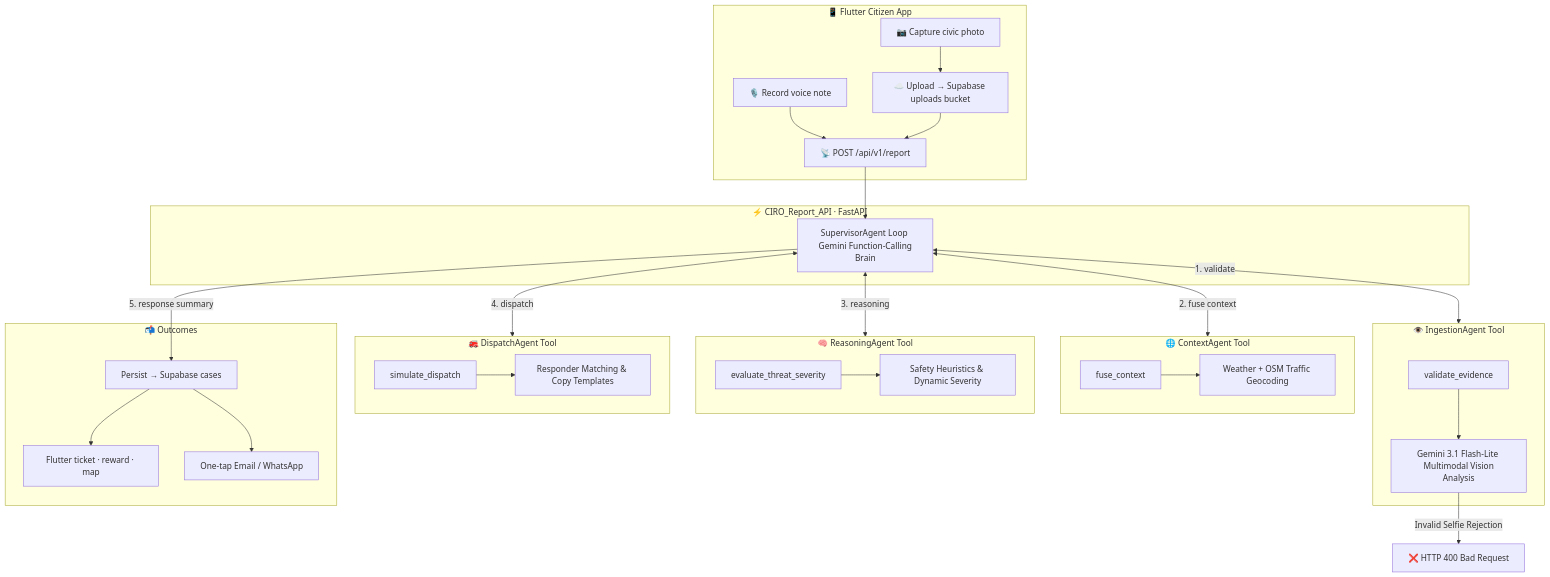
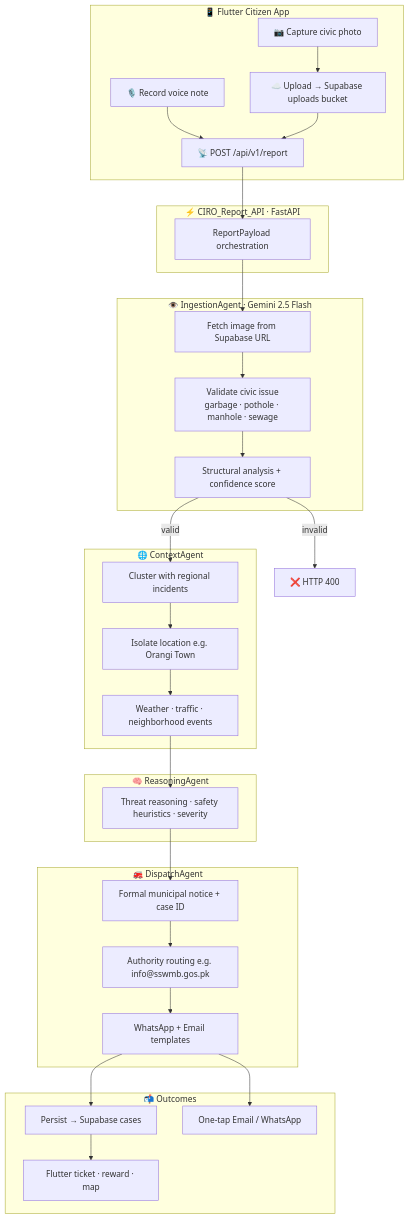
Before and after one commit to usamashami11/SnapCity: the diagram in README.md, drawn with Mermaid. The commit also changed other lines of this file and 2 other files, not shown here.

````diff
--- a/README.md
+++ b/README.md
@@ -104,56 +104,54 @@
 ```mermaid
 flowchart TB
     subgraph Citizen["📱 Flutter Citizen App"]
         A1["📷 Capture civic photo"]
         A2["🎙️ Record voice note"]
         A3["☁️ Upload → Supabase uploads bucket"]
         A4["📡 POST /api/v1/report"]
         A1 --> A3
         A2 --> A4
         A3 --> A4
     end
 
     subgraph API["⚡ CIRO_Report_API · FastAPI"]
-        B["SupervisorAgent Loop <br> Gemini Function-Calling Brain"]
+        B["ReportPayload orchestration"]
     end
 
-    subgraph Tool1["👁️ IngestionAgent Tool"]
-        C1["validate_evidence"]
-        C2["Gemini 3.1 Flash-Lite <br> Multimodal Vision Analysis"]
-        C1 --> C2
+    subgraph Ingestion["👁️ IngestionAgent · Gemini 2.5 Flash"]
+        C1["Fetch image from Supabase URL"]
+        C2["Validate civic issue<br/>garbage · pothole · manhole · sewage"]
+        C3["Structural analysis + confidence score"]
+        C1 --> C2 --> C3
     end
 
-    subgraph Tool2["🌐 ContextAgent Tool"]
-        D1["fuse_context"]
-        D2["Weather + OSM Traffic Geocoding"]
-        D1 --> D2
+    subgraph Context["🌐 ContextAgent"]
+        D1["Cluster with regional incidents"]
+        D2["Isolate location e.g. Orangi Town"]
+        D3["Weather · traffic · neighborhood events"]
+        D1 --> D2 --> D3
     end
 
-    subgraph Tool3["🧠 ReasoningAgent Tool"]
-        E1["evaluate_threat_severity"]
-        E2["Safety Heuristics & Dynamic Severity"]
-        E1 --> E2
+    subgraph Reasoning["🧠 ReasoningAgent"]
+        R1["Threat reasoning · safety heuristics · severity"]
     end
 
-    subgraph Tool4["🚒 DispatchAgent Tool"]
-        F1["simulate_dispatch"]
-        F2["Responder Matching & Copy Templates"]
-        F1 --> F2
+    subgraph Dispatch["🚒 DispatchAgent"]
+        G1["Formal municipal notice + case ID"]
+        G2["Authority routing e.g. info@sswmb.gos.pk"]
+        G3["WhatsApp + Email templates"]
+        G1 --> G2 --> G3
     end
 
     subgraph Output["📬 Outcomes"]
         H1["Persist → Supabase cases"]
         H2["Flutter ticket · reward · map"]
         H3["One-tap Email / WhatsApp"]
     end
 
-    A4 --> B
-    B <-->|1. validate| Tool1
-    C2 -->|Invalid Selfie Rejection| X["❌ HTTP 400 Bad Request"]
-    B <-->|2. fuse context| Tool2
-    B <-->|3. reasoning| Tool3
-    B <-->|4. dispatch| Tool4
-    B -->|5. response summary| H1
-    H1 --> H2
-    H1 --> H3
+    A4 --> B --> C1
+    C3 -->|invalid| X["❌ HTTP 400"]
+    C3 -->|valid| D1
+    D3 --> R1 --> G1
+    G3 --> H1 --> H2
+    G3 --> H3
 ```
````
